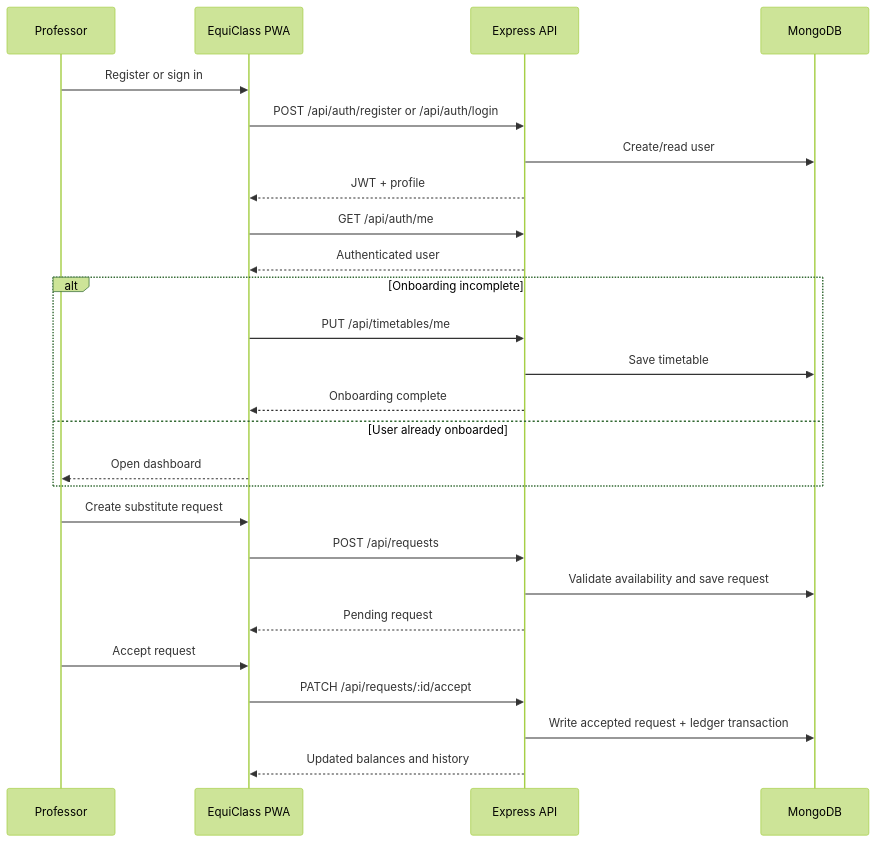
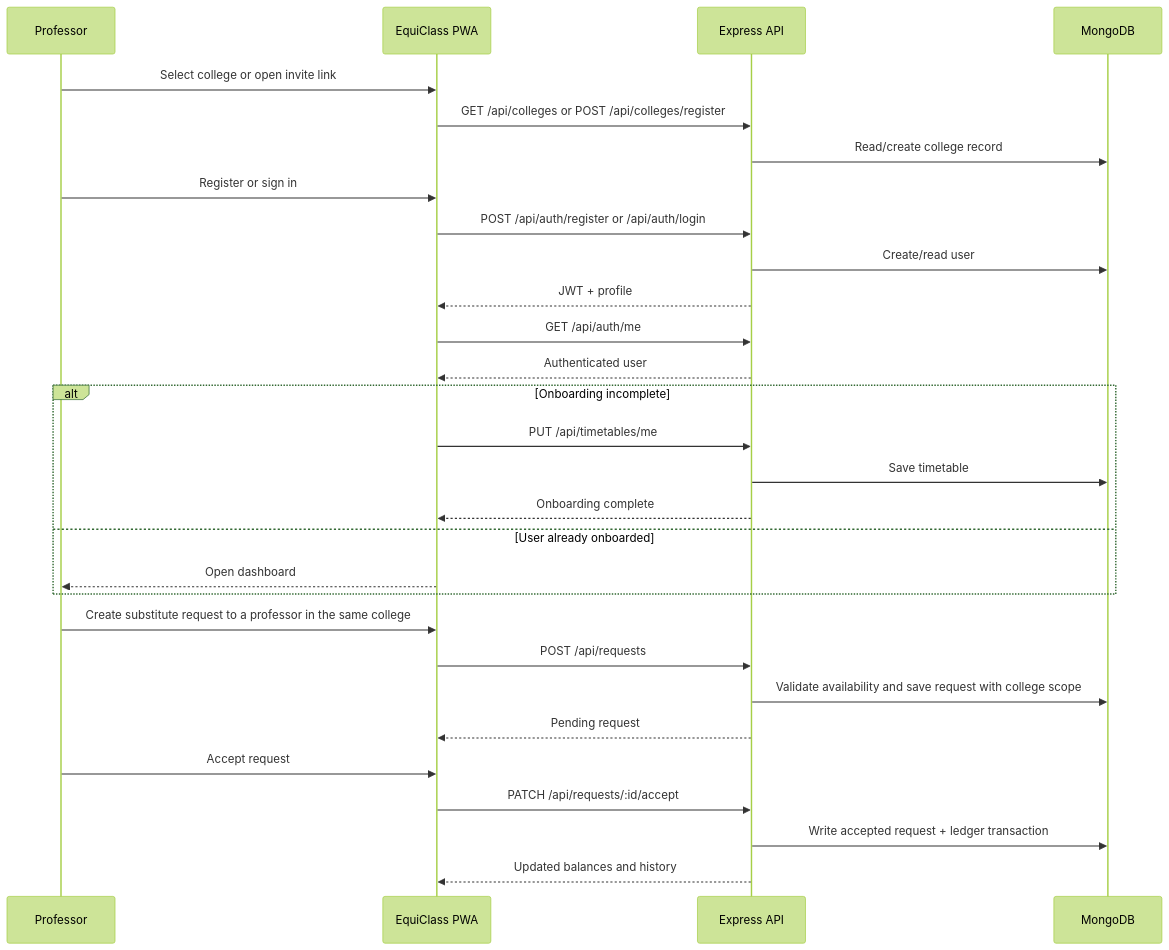
The second of 3 diagrams in README.md (04shubham7/EquiClass), drawn with Mermaid (forest theme) before and after one commit. The commit also changed other lines of this file and 3 other files, not shown here.

````diff
--- a/README.md
+++ b/README.md
@@ -47,29 +61,32 @@
 ```mermaid
 sequenceDiagram
     participant User as Professor
     participant UI as EquiClass PWA
     participant API as Express API
     participant DB as MongoDB
 
+    User->>UI: Select college or open invite link
+    UI->>API: GET /api/colleges or POST /api/colleges/register
+    API->>DB: Read/create college record
     User->>UI: Register or sign in
     UI->>API: POST /api/auth/register or /api/auth/login
     API->>DB: Create/read user
     API-->>UI: JWT + profile
     UI->>API: GET /api/auth/me
     API-->>UI: Authenticated user
     alt Onboarding incomplete
         UI->>API: PUT /api/timetables/me
         API->>DB: Save timetable
         API-->>UI: Onboarding complete
     else User already onboarded
         UI-->>User: Open dashboard
     end
-    User->>UI: Create substitute request
+    User->>UI: Create substitute request to a professor in the same college
     UI->>API: POST /api/requests
-    API->>DB: Validate availability and save request
+    API->>DB: Validate availability and save request with college scope
     API-->>UI: Pending request
     User->>UI: Accept request
     UI->>API: PATCH /api/requests/:id/accept
     API->>DB: Write accepted request + ledger transaction
     API-->>UI: Updated balances and history
 ```
````
